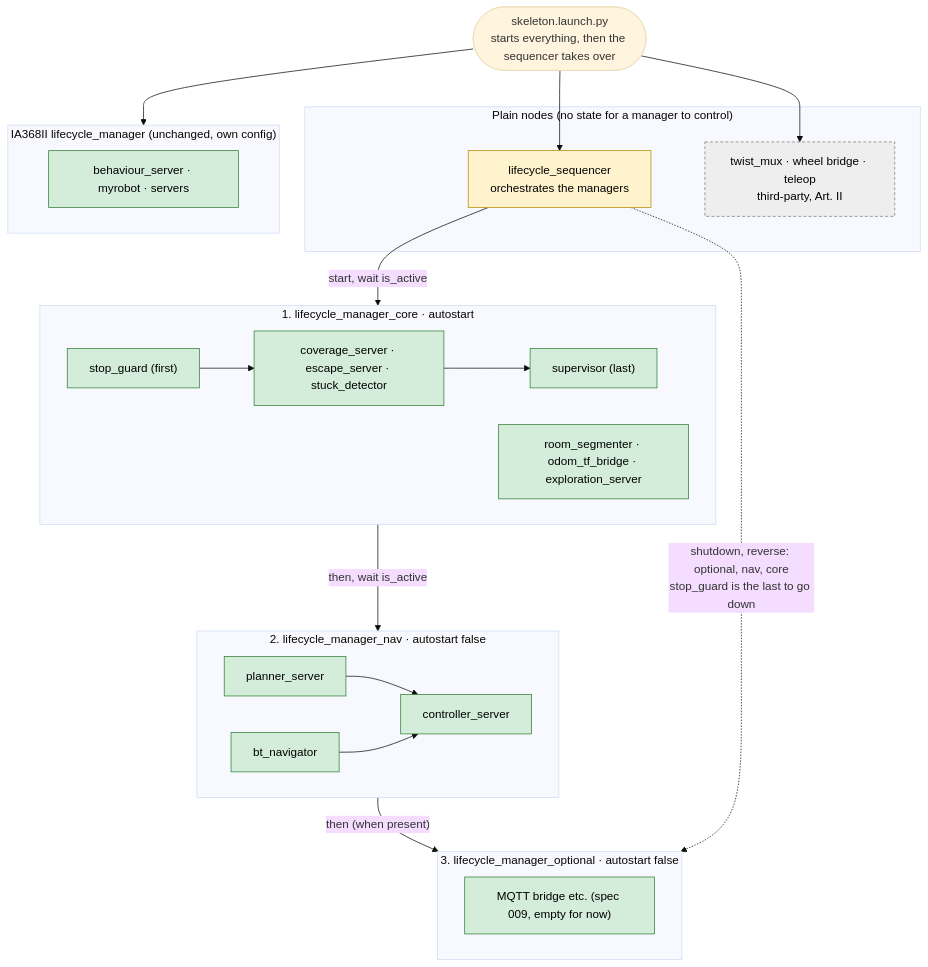
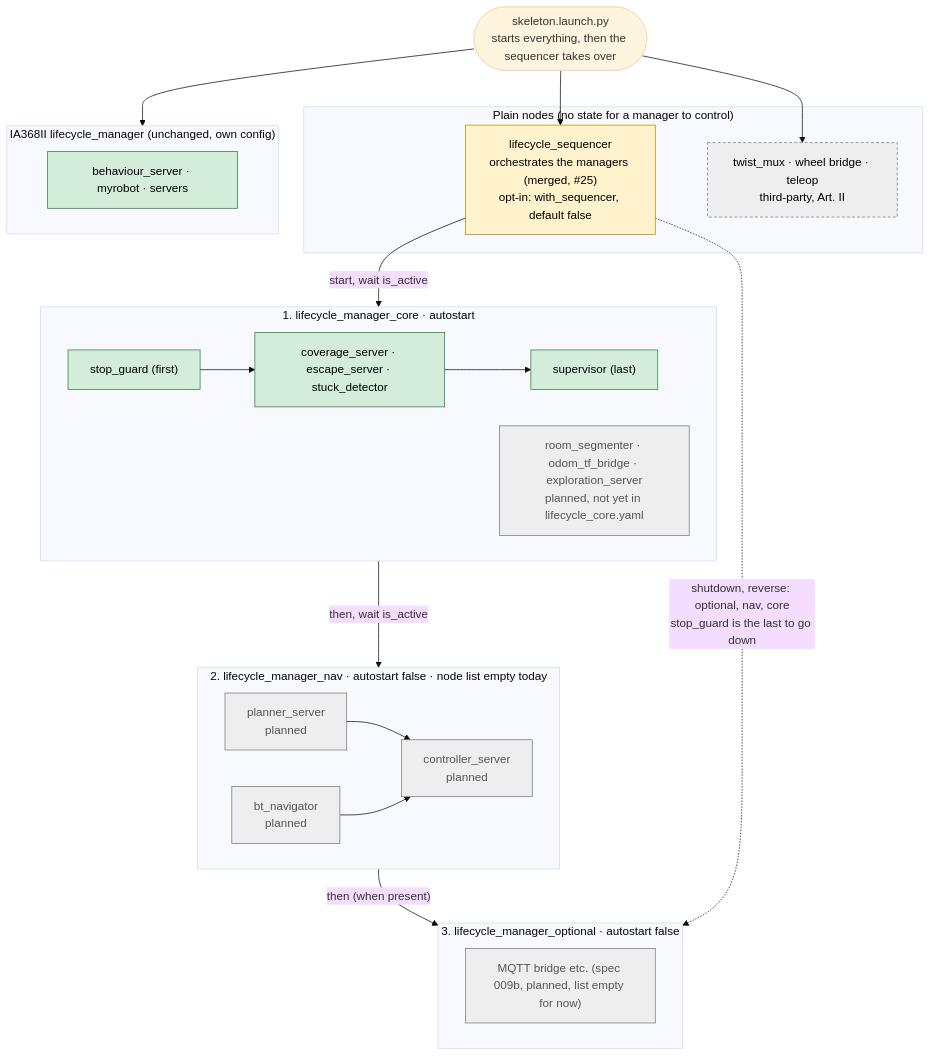
Before and after one commit to Rodolfodc/kuberostics: the diagram in docs/diagrams/lifecycle-managers.mmd, drawn with Mermaid (base theme). The commit also changed 21 other files, not shown here.

First line of the commit message:
Refresh built-so-far diagrams against main 59fdd2b

```diff
--- a/docs/diagrams/lifecycle-managers.mmd
+++ b/docs/diagrams/lifecycle-managers.mmd
@@ -1,44 +1,45 @@
 flowchart TB
   classDef plain fill:#fff3cd,stroke:#b58900,color:#000
   classDef life fill:#d4edda,stroke:#2e7d32,color:#000
+  classDef planned fill:#eeeeee,stroke:#777,color:#555
   classDef third fill:#eeeeee,stroke:#777,color:#000,stroke-dasharray: 4 3
 
   LAUNCH(["skeleton.launch.py<br/>starts everything, then the sequencer takes over"])
 
   subgraph PLAIN["Plain nodes (no state for a manager to control)"]
-    SEQ["lifecycle_sequencer<br/>orchestrates the managers"]:::plain
+    SEQ["lifecycle_sequencer<br/>orchestrates the managers (merged, #25)<br/>opt-in: with_sequencer, default false"]:::plain
     MUX["twist_mux · wheel bridge · teleop<br/>third-party, Art. II"]:::third
   end
 
   subgraph IA["IA368II lifecycle_manager (unchanged, own config)"]
     BEH["behaviour_server · myrobot · servers"]:::life
   end
 
   subgraph CORE["1. lifecycle_manager_core · autostart"]
     SG["stop_guard (first)"]:::life
     ACT["coverage_server · escape_server · stuck_detector"]:::life
     SUP["supervisor (last)"]:::life
-    MAPN["room_segmenter · odom_tf_bridge · exploration_server"]:::life
+    MAPN["room_segmenter · odom_tf_bridge · exploration_server<br/>planned, not yet in lifecycle_core.yaml"]:::planned
   end
 
-  subgraph NAV["2. lifecycle_manager_nav · autostart false"]
-    PL["planner_server"]:::life
-    CT["controller_server"]:::life
-    BT["bt_navigator"]:::life
+  subgraph NAV["2. lifecycle_manager_nav · autostart false · node list empty today"]
+    PL["planner_server<br/>planned"]:::planned
+    CT["controller_server<br/>planned"]:::planned
+    BT["bt_navigator<br/>planned"]:::planned
   end
 
   subgraph OPT["3. lifecycle_manager_optional · autostart false"]
-    MQ["MQTT bridge etc. (spec 009, empty for now)"]:::life
+    MQ["MQTT bridge etc. (spec 009b, planned, list empty for now)"]:::planned
   end
 
   LAUNCH --> MUX
   LAUNCH --> IA
   LAUNCH --> SEQ
   SEQ -- "start, wait is_active" --> CORE
   CORE -- "then, wait is_active" --> NAV
   NAV -- "then (when present)" --> OPT
   SG --> ACT --> SUP
   PL --> CT
   BT --> CT
 
   SEQ -. "shutdown, reverse: optional, nav, core<br/>stop_guard is the last to go down" .-> OPT
```
